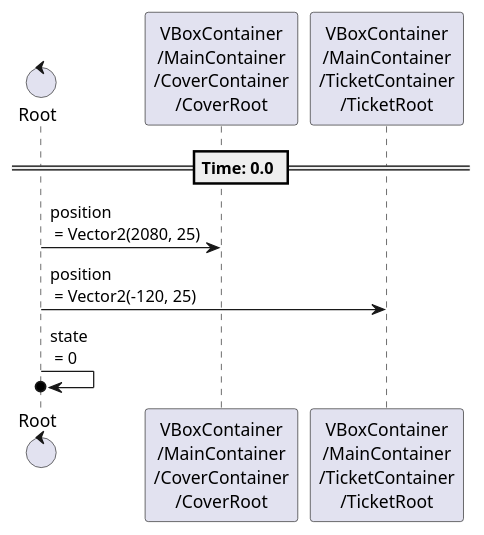
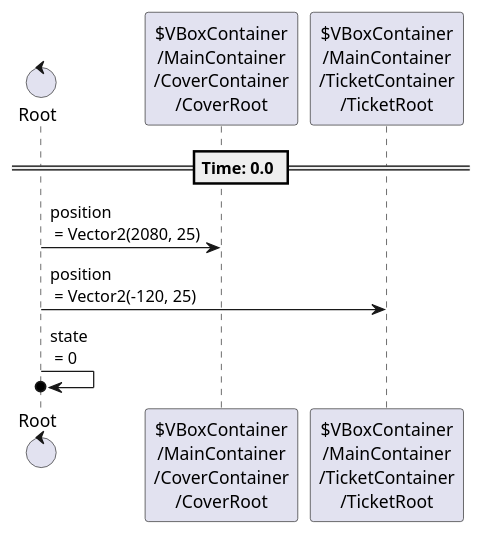
The fourth of 7 diagrams in content/scenes/src/account/account.tscn.adoc (tkmfujise/Platformer-Game-Learning), drawn with PlantUML before and after one commit. The commit also changed other lines of this file and 31 other files, not shown here.

Commit message:
Add prefix $ to node name in animation sequences

```diff
--- a/content/scenes/src/account/account.tscn.adoc
+++ b/content/scenes/src/account/account.tscn.adoc
@@ -467,15 +467,15 @@
 [plantuml]
 ....
-control "Root" as Root
-participant "VBoxContainer\n/MainContainer\n/CoverContainer\n/CoverRoot" as T0
-participant "VBoxContainer\n/MainContainer\n/TicketContainer\n/TicketRoot" as T1
+control "Root" as R
+participant "$VBoxContainer\n/MainContainer\n/CoverContainer\n/CoverRoot" as T0
+participant "$VBoxContainer\n/MainContainer\n/TicketContainer\n/TicketRoot" as T1
 
 
 
 == Time: 0.0 ==
-Root  ->  T0 : position\n = Vector2(2080, 25)
-Root  ->  T1 : position\n = Vector2(-120, 25)
-Root  ->o  Root : state\n = 0
+R  ->  T0 : position\n = Vector2(2080, 25)
+R  ->  T1 : position\n = Vector2(-120, 25)
+R  ->o  R : state\n = 0
 
 
 ....
```
